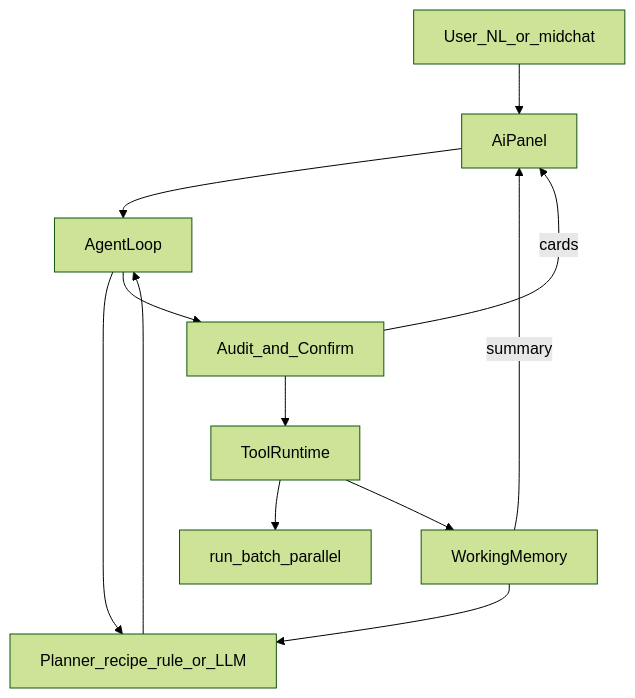
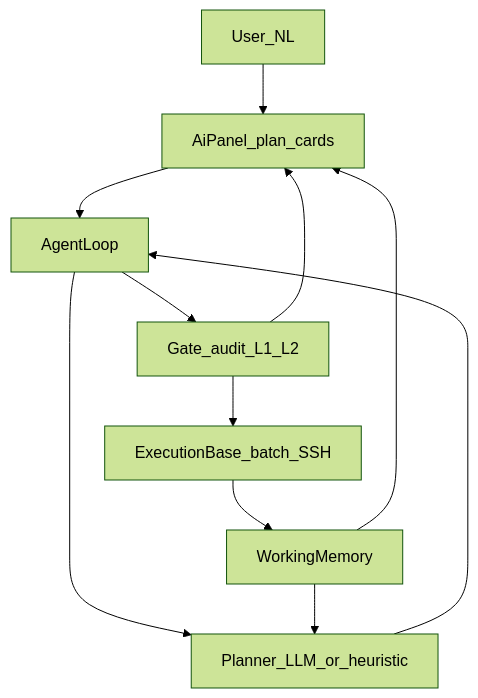
One commit to mistlab-dev/MistTerm changed the second of 2 diagrams in docs/product/CONVERSATIONAL-TERMINAL.md. Above: the diagram before and after it, drawn with Mermaid (forest theme). The commit also changed other lines of this file and 1 other file, not shown here.

First line of the commit message:
docs(v2): reframe around AgentLoop, Gate, ExecutionBase

````diff
--- a/docs/product/CONVERSATIONAL-TERMINAL.md
+++ b/docs/product/CONVERSATIONAL-TERMINAL.md
@@ -291,19 +284,16 @@
 ```mermaid
 flowchart TB
-  user[User_NL_or_midchat]
-  panel[AiPanel]
-  loop[AgentLoop]
-  planner[Planner_recipe_rule_or_LLM]
-  gate[Audit_and_Confirm]
-  tools[ToolRuntime]
-  batch[run_batch_parallel]
+  user[User_NL]
+  agent[AgentLoop]
+  planner[Planner_LLM_or_heuristic]
+  gate[Gate_audit_L1_L2]
+  base[ExecutionBase_batch_SSH]
   mem[WorkingMemory]
-  user --> panel --> loop
-  loop --> planner --> loop
-  loop --> gate --> tools
-  tools --> batch
-  tools --> mem
-  mem --> planner
-  gate -->|cards| panel
-  mem -->|summary| panel
+  ui[AiPanel_plan_cards]
+  user --> ui --> agent
+  agent --> planner --> agent
+  agent --> gate --> base
+  base --> mem --> planner
+  gate --> ui
+  mem --> ui
 ```
````
